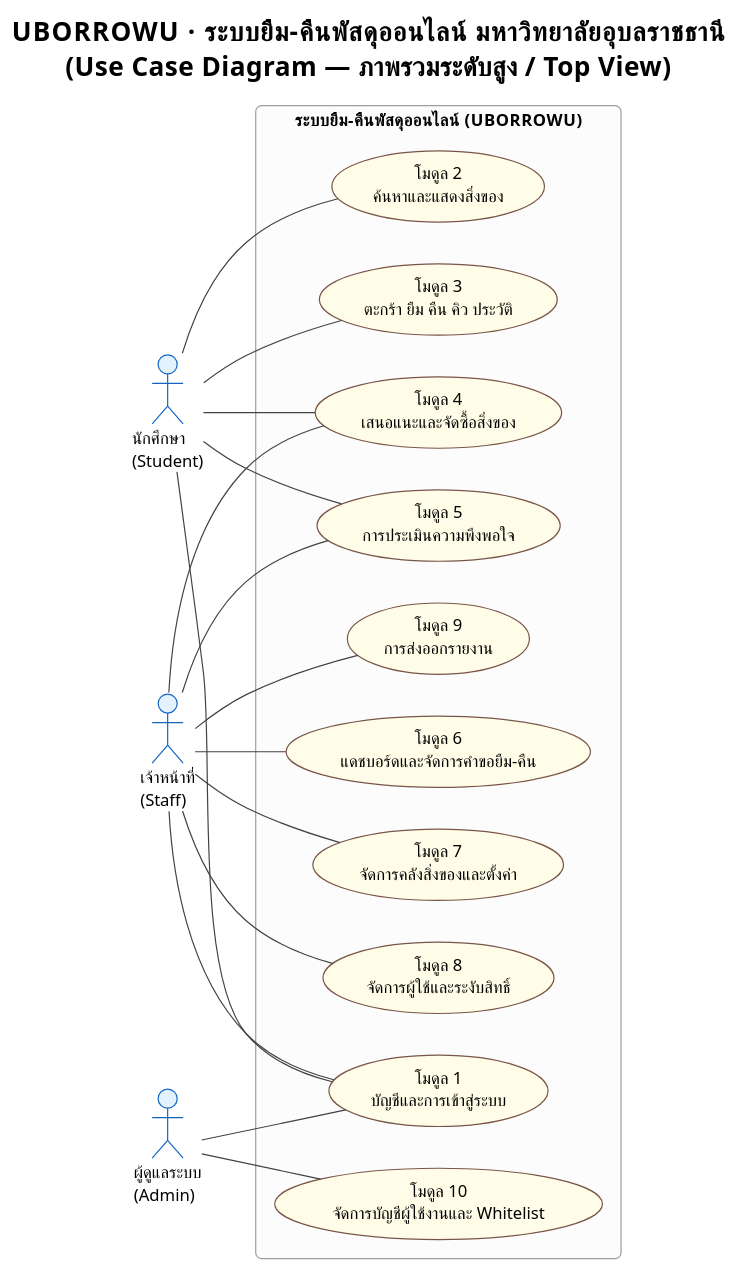
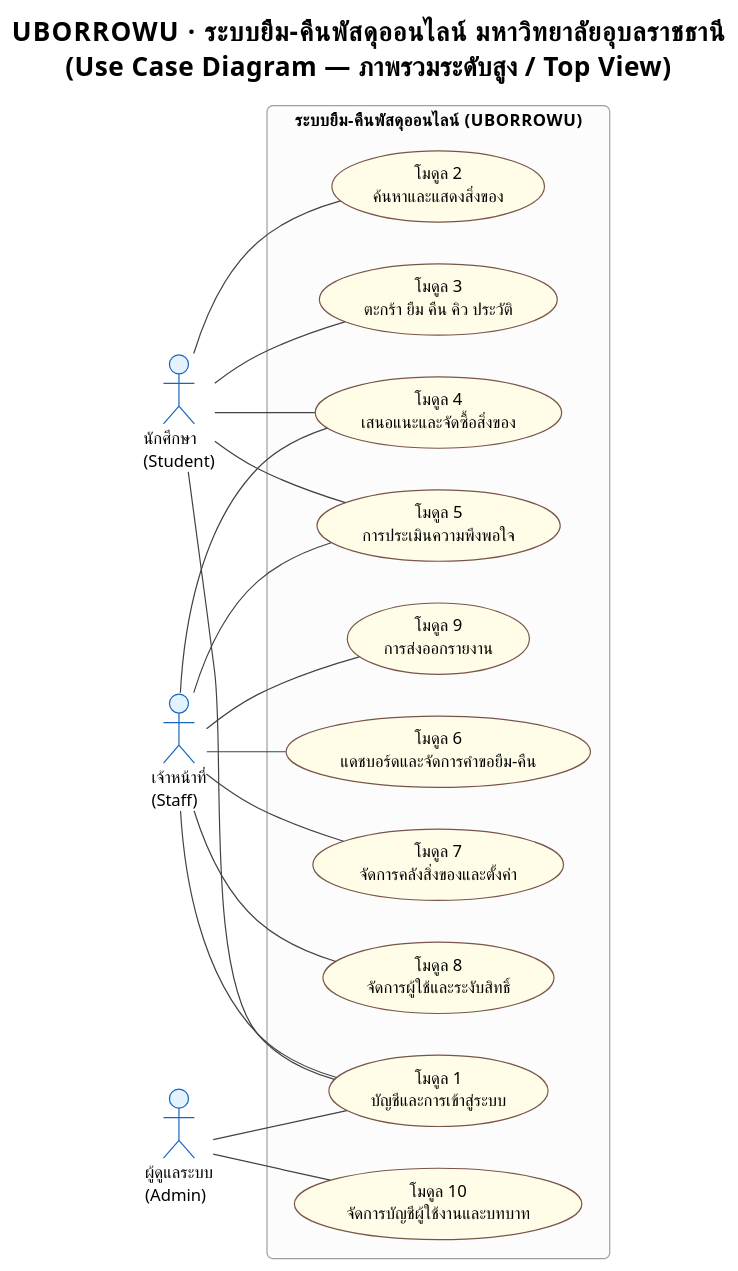
Before and after one commit to patlnwza-007/project-2569: the diagram in proposal/usecase/usecase_overview.puml, drawn with PlantUML. The commit also changed 23 other files, not shown here.

```diff
--- a/proposal/usecase/usecase_overview.puml
+++ b/proposal/usecase/usecase_overview.puml
@@ -1,64 +1,64 @@
 @startuml usecase_overview
 !theme plain
 skinparam defaultFontName TH Sarabun New
 skinparam defaultFontSize 14
 skinparam roundcorner 10
 
 skinparam usecase {
   BackgroundColor #FFFDE7
   BorderColor #795548
 }
 skinparam actor {
   BackgroundColor #E3F2FD
   BorderColor #1565C0
 }
 skinparam rectangle {
   BackgroundColor #FCFCFC
   BorderColor #9E9E9E
 }
 skinparam ArrowColor #424242
 
 title <b>UBORROWU · ระบบยืม-คืนพัสดุออนไลน์ มหาวิทยาลัยอุบลราชธานี</b>\n(Use Case Diagram — ภาพรวมระดับสูง / Top View)
 
 left to right direction
 
 actor "นักศึกษา\n(Student)" as Student
 actor "เจ้าหน้าที่\n(Staff)" as Staff
 actor "ผู้ดูแลระบบ\n(Admin)" as Admin
 
 rectangle "ระบบยืม-คืนพัสดุออนไลน์ (UBORROWU)" {
   usecase "โมดูล 1\nบัญชีและการเข้าสู่ระบบ" as M1
   usecase "โมดูล 2\nค้นหาและแสดงสิ่งของ" as M2
   usecase "โมดูล 3\nตะกร้า ยืม คืน คิว ประวัติ" as M3
   usecase "โมดูล 4\nเสนอแนะและจัดซื้อสิ่งของ" as M4
   usecase "โมดูล 5\nการประเมินความพึงพอใจ" as M5
   usecase "โมดูล 6\nแดชบอร์ดและจัดการคำขอยืม-คืน" as M6
   usecase "โมดูล 7\nจัดการคลังสิ่งของและตั้งค่า" as M7
   usecase "โมดูล 8\nจัดการผู้ใช้และระงับสิทธิ์" as M8
   usecase "โมดูล 9\nการส่งออกรายงาน" as M9
-  usecase "โมดูล 10\nจัดการบัญชีผู้ใช้งานและ Whitelist" as M10
+  usecase "โมดูล 10\nจัดการบัญชีผู้ใช้งานและบทบาท" as M10
 }
 
 ' ===== ความสัมพันธ์ actor–use case (เส้นธรรมดา) =====
 ' หมายเหตุ: Staff และ Admin เชื่อมกับ M1 ด้วย เพราะ UC-16 (เข้าสู่ระบบ) ใช้ร่วมกันทุกบทบาท
 Student -- M1
 Staff -- M1
 Admin -- M1
 
 Student -- M2
 Student -- M3
 
 Student -- M4
 Staff -- M4
 
 Student -- M5
 Staff -- M5
 
 Staff -- M6
 Staff -- M7
 Staff -- M8
 Staff -- M9
 
 Admin -- M10
 
 @enduml
```
